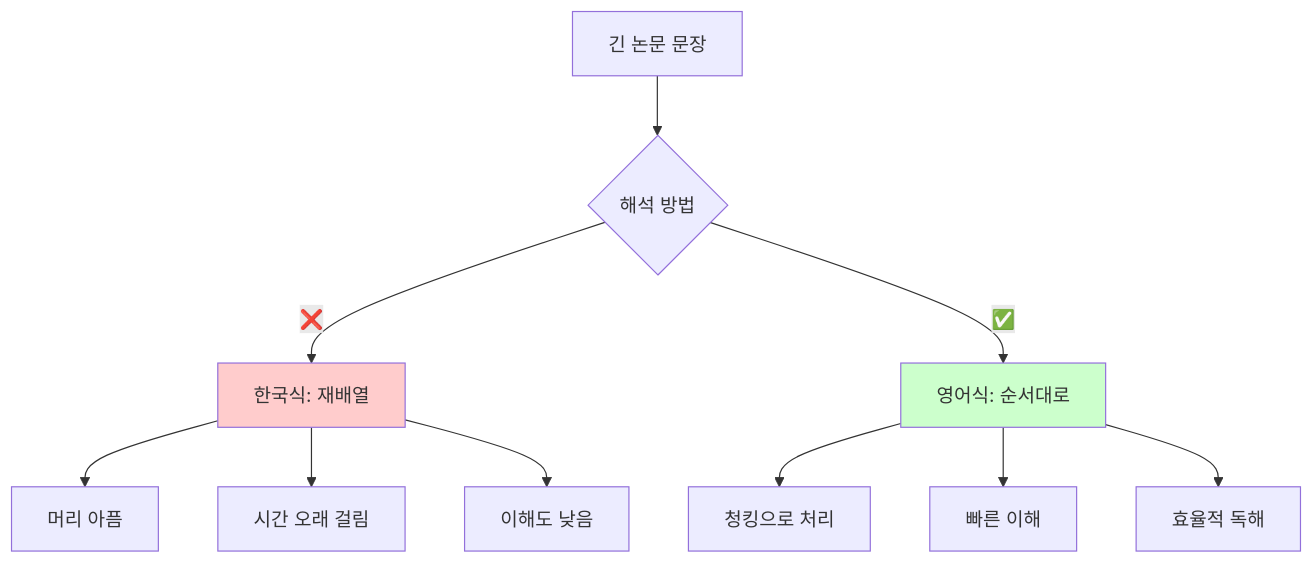
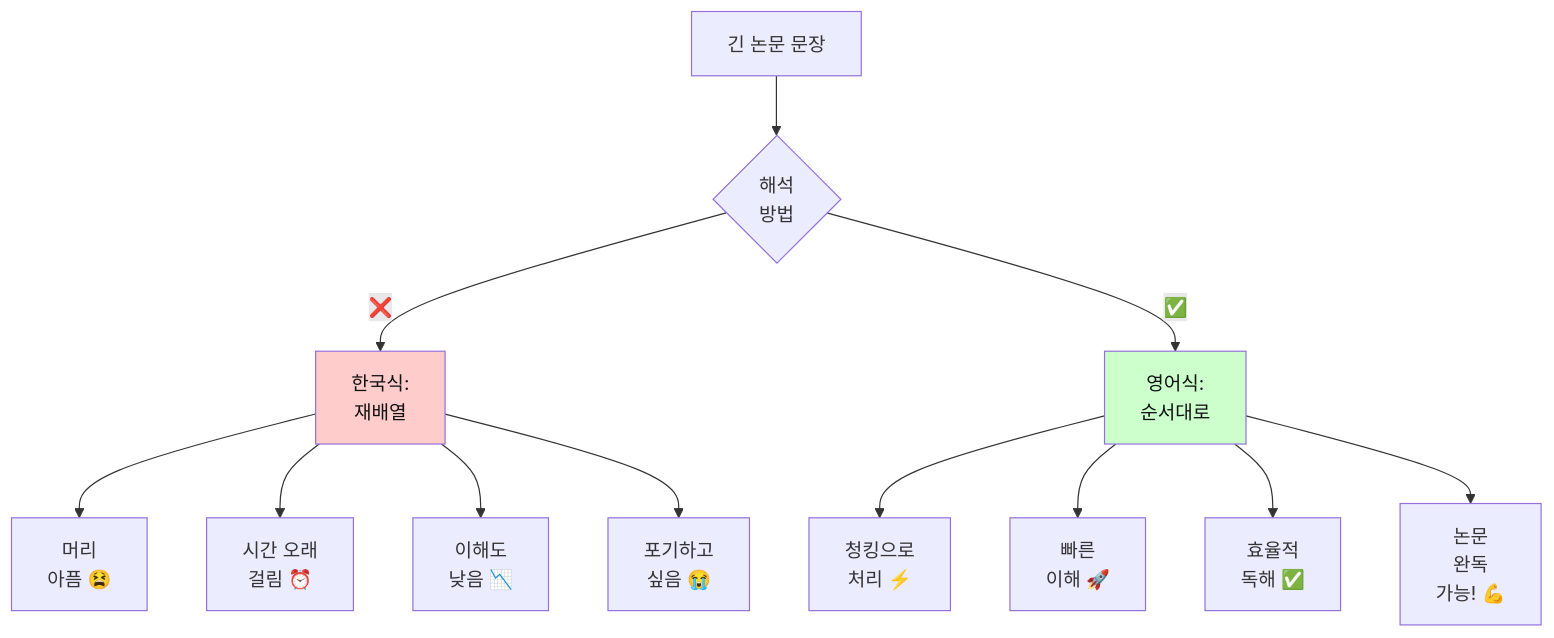
The second of 12 diagrams in 영어_독해/03_논문_독해_패턴.md (Collegenie-X/AI-English), drawn with Mermaid before and after one commit. The commit also changed other lines of this file and 26 other files, not shown here.

````diff
--- a/영어_독해/03_논문_독해_패턴.md
+++ b/영어_독해/03_논문_독해_패턴.md
@@ -43,17 +43,19 @@
 ```mermaid
 flowchart TD
-    A[긴 논문 문장] --> B{해석 방법}
-    B -->|❌| C[한국식: 재배열]
-    B -->|✅| D[영어식: 순서대로]
+    A[긴 논문 문장] --> B{해석 <br>방법}
+    B -->|❌| C[한국식: <br>재배열]
+    B -->|✅| D[영어식: <br>순서대로]
     
-    C --> E[머리 아픔]
-    C --> F[시간 오래 걸림]
-    C --> G[이해도 낮음]
+    C --> E[머리 <br>아픔 😫]
+    C --> F[시간 오래 <br>걸림 ⏰]
+    C --> G[이해도 <br>낮음 📉]
+    C --> H[포기하고 <br>싶음 😭]
     
-    D --> H[청킹으로 처리]
-    D --> I[빠른 이해]
-    D --> J[효율적 독해]
+    D --> I[청킹으로<br> 처리 ⚡]
+    D --> J[빠른 <br>이해 🚀]
+    D --> K[효율적 <br>독해 ✅]
+    D --> L[논문 <br>완독 <br>가능! 💪]
     
-    style C fill:#ffcccc
-    style D fill:#ccffcc
+    style C fill:#ffcccc,color:#111
+    style D fill:#ccffcc,color:#111
 ```
````
